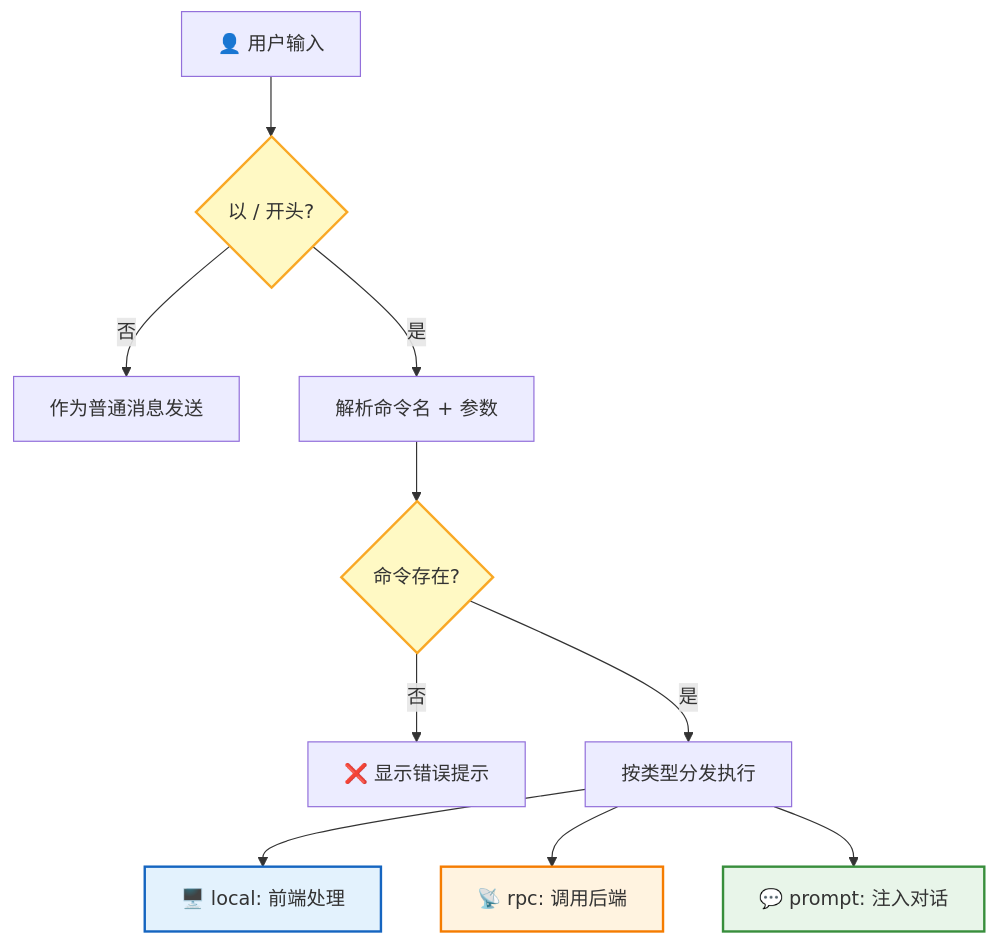
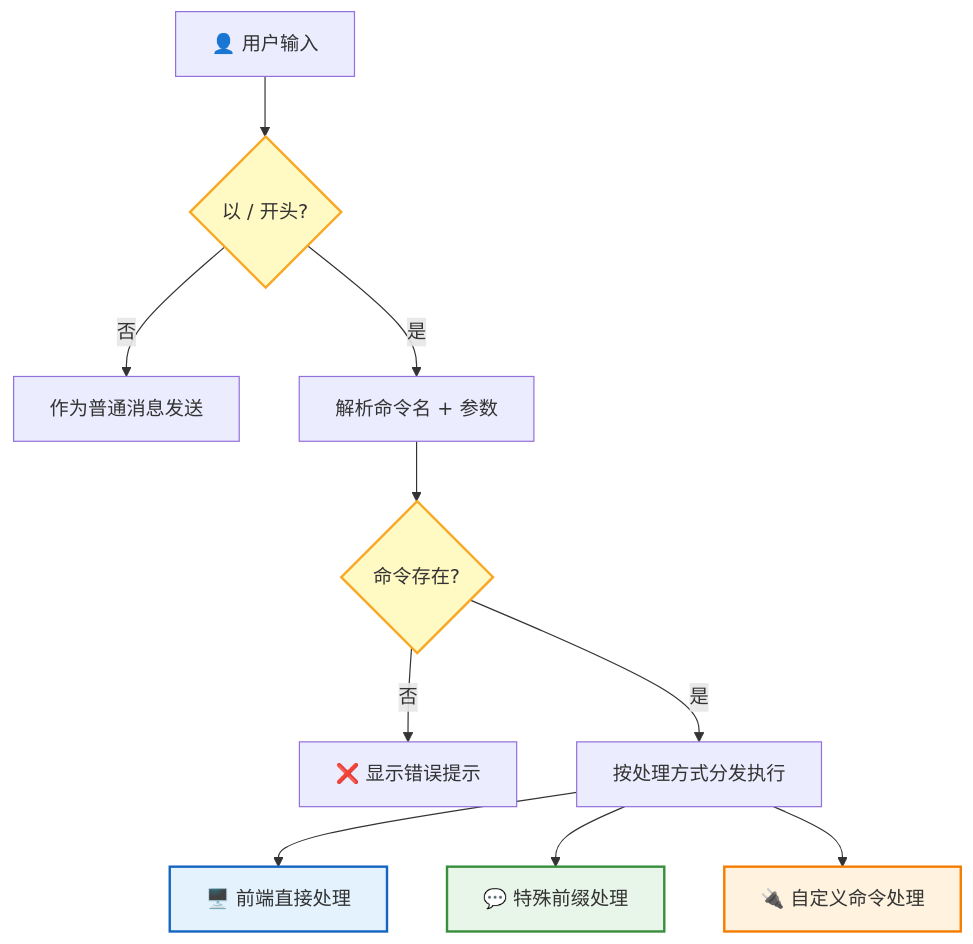
One commit to rtc-agent/docs changed the second of 5 diagrams in src/content/docs/features/commands.md. Above: the diagram before and after it, drawn with Mermaid. The commit also changed other lines of this file and 60 other files, not shown here.

First line of the commit message:
docs(site): refresh documentation with new sections and improved diagrams

````diff
--- a/src/content/docs/features/commands.md
+++ b/src/content/docs/features/commands.md
@@ -38,18 +45,18 @@
 ```mermaid
 flowchart TD
     A["👤 用户输入"] --> B{"以 / 开头?"}
     B -->|"否"| C["作为普通消息发送"]
     B -->|"是"| D["解析命令名 + 参数"]
     D --> E{"命令存在?"}
     E -->|"否"| F["❌ 显示错误提示"]
-    E -->|"是"| G["按类型分发执行"]
-    G --> H["🖥️ local: 前端处理"]
-    G --> I["📡 rpc: 调用后端"]
-    G --> J["💬 prompt: 注入对话"]
+    E -->|"是"| G["按处理方式分发执行"]
+    G --> H["🖥️ 前端直接处理"]
+    G --> I["💬 特殊前缀处理"]
+    G --> J["🔌 自定义命令处理"]
 
     style B fill:#fff9c4,stroke:#f9a825,stroke-width:2px
     style E fill:#fff9c4,stroke:#f9a825,stroke-width:2px
     style H fill:#e3f2fd,stroke:#1565c0,stroke-width:2px
-    style I fill:#fff3e0,stroke:#f57c00,stroke-width:2px
-    style J fill:#e8f5e9,stroke:#388e3c,stroke-width:2px
+    style I fill:#e8f5e9,stroke:#388e3c,stroke-width:2px
+    style J fill:#fff3e0,stroke:#f57c00,stroke-width:2px
 ```
````
